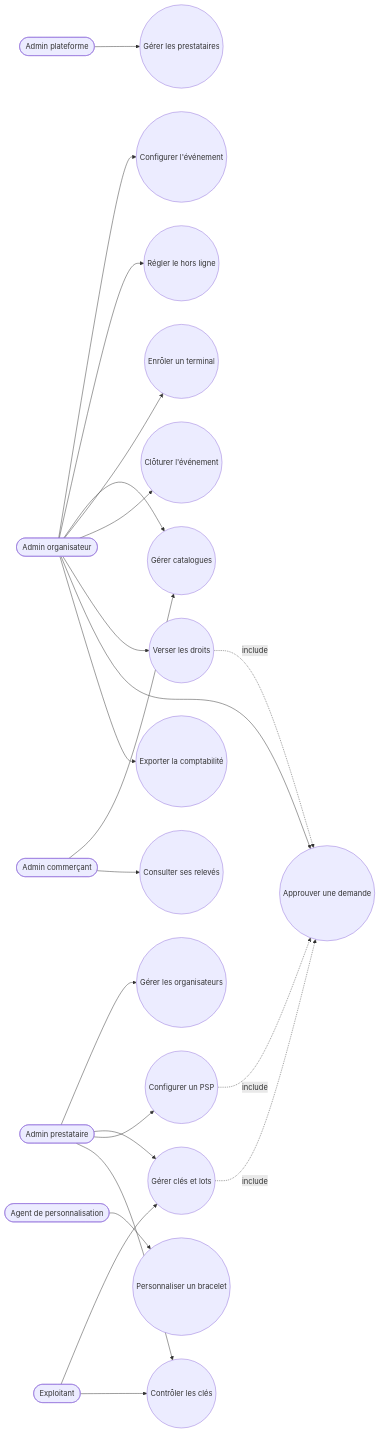
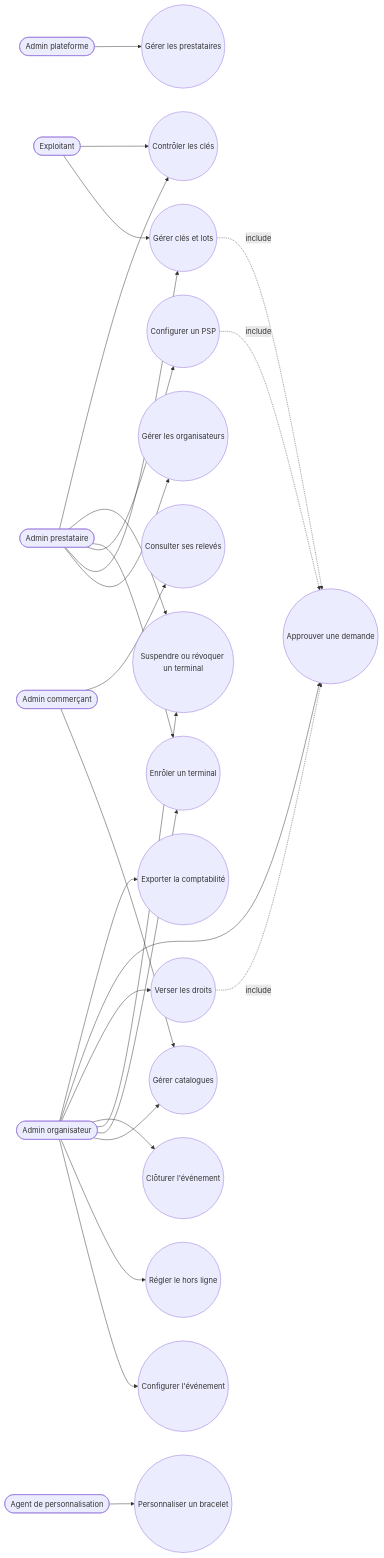
One commit to atrona8/cashless-platform changed the second of 2 diagrams in docs/02-use-case-diagram.md. Above: the diagram before and after it, drawn with Mermaid. The commit also changed other lines of this file and 32 other files, not shown here.

````diff
--- a/docs/02-use-case-diagram.md
+++ b/docs/02-use-case-diagram.md
@@ -81,48 +83,52 @@
 ```mermaid
 flowchart LR
     Plat([Admin plateforme])
     Ope([Admin prestataire])
     Org([Admin organisateur])
     Mch([Admin commerçant])
     Perso([Agent de personnalisation])
     Expl([Exploitant])
 
     A1((Gérer les prestataires))
     A2((Gérer les organisateurs))
     A3((Gérer clés et lots))
     A4((Configurer un PSP))
     A5((Configurer l'événement))
     A6((Régler le hors ligne))
     A7((Gérer catalogues))
     A8((Enrôler un terminal))
     A9((Clôturer l'événement))
     A10((Verser les droits))
     A11((Approuver une demande))
     A12((Consulter ses relevés))
     A13((Exporter la comptabilité))
     A14((Personnaliser un bracelet))
     A15((Contrôler les clés))
+    A16((Suspendre ou révoquer un terminal))
 
     Plat --> A1
     Ope --> A2
     Ope --> A3
     Ope --> A4
     Org --> A5
     Org --> A6
     Org --> A7
+    Ope --> A8
+    Ope --> A16
     Org --> A8
+    Org --> A16
     Org --> A9
     Org --> A10
     Org --> A11
     Org --> A13
     Mch --> A7
     Mch --> A12
     Perso --> A14
     Ope --> A15
     Expl --> A3
     Expl --> A15
 
     A10 -.include.-> A11
     A4 -.include.-> A11
     A3 -.include.-> A11
 ```
````
